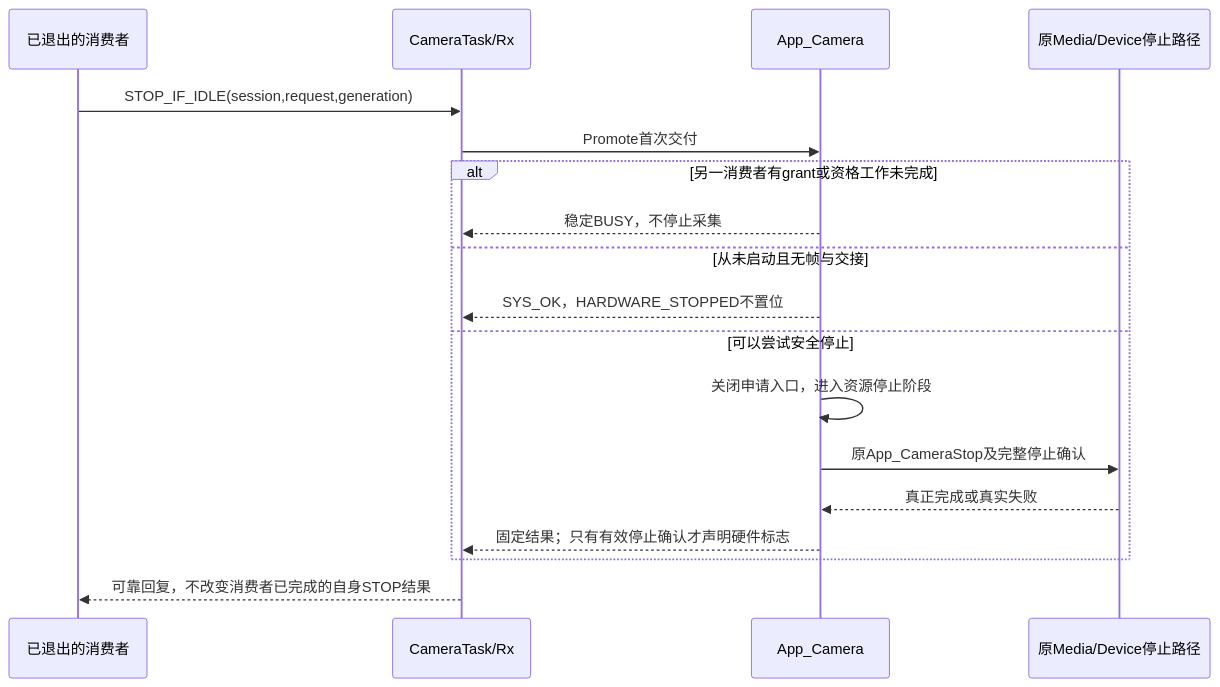
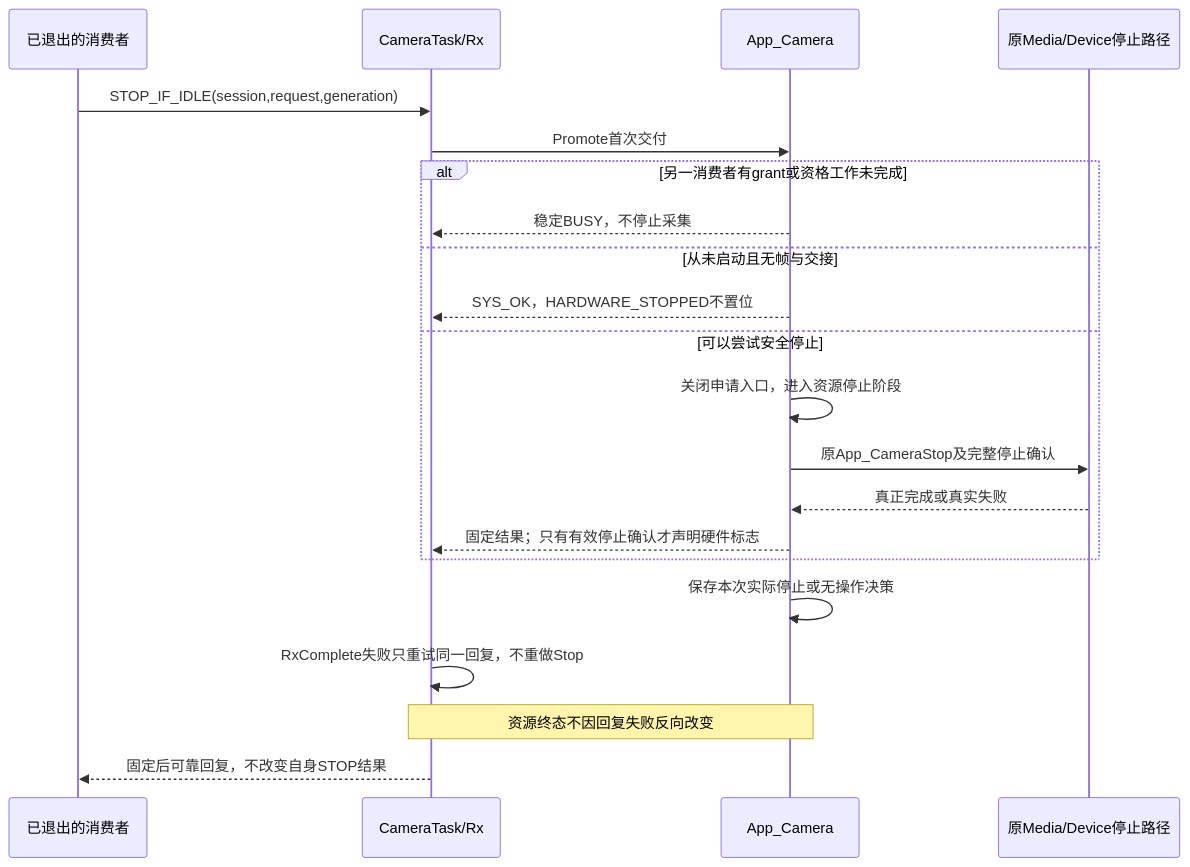
Before and after one commit to ruk93668-creator/h7_mac: the eighth of 8 diagrams in Docs/Design/C2.2_Consumer资格管理设计.md, drawn with Mermaid. The commit also changed other lines of this file, not shown here.

````diff
--- a/Docs/Design/C2.2_Consumer资格管理设计.md
+++ b/Docs/Design/C2.2_Consumer资格管理设计.md
@@ -363,20 +446,23 @@
 ```mermaid
 sequenceDiagram
     participant A as 已退出的消费者
     participant R as CameraTask/Rx
     participant C as App_Camera
     participant H as 原Media/Device停止路径
     A->>R: STOP_IF_IDLE(session,request,generation)
     R->>C: Promote首次交付
     alt 另一消费者有grant或资格工作未完成
         C-->>R: 稳定BUSY，不停止采集
     else 从未启动且无帧与交接
         C-->>R: SYS_OK，HARDWARE_STOPPED不置位
     else 可以尝试安全停止
         C->>C: 关闭申请入口，进入资源停止阶段
         C->>H: 原App_CameraStop及完整停止确认
         H-->>C: 真正完成或真实失败
         C-->>R: 固定结果；只有有效停止确认才声明硬件标志
     end
-    R-->>A: 可靠回复，不改变消费者已完成的自身STOP结果
+    C->>C: 保存本次实际停止或无操作决策
+    R->>R: RxComplete失败只重试同一回复，不重做Stop
+    Note over C,R: 资源终态不因回复失败反向改变
+    R-->>A: 固定后可靠回复，不改变自身STOP结果
 ```
````
